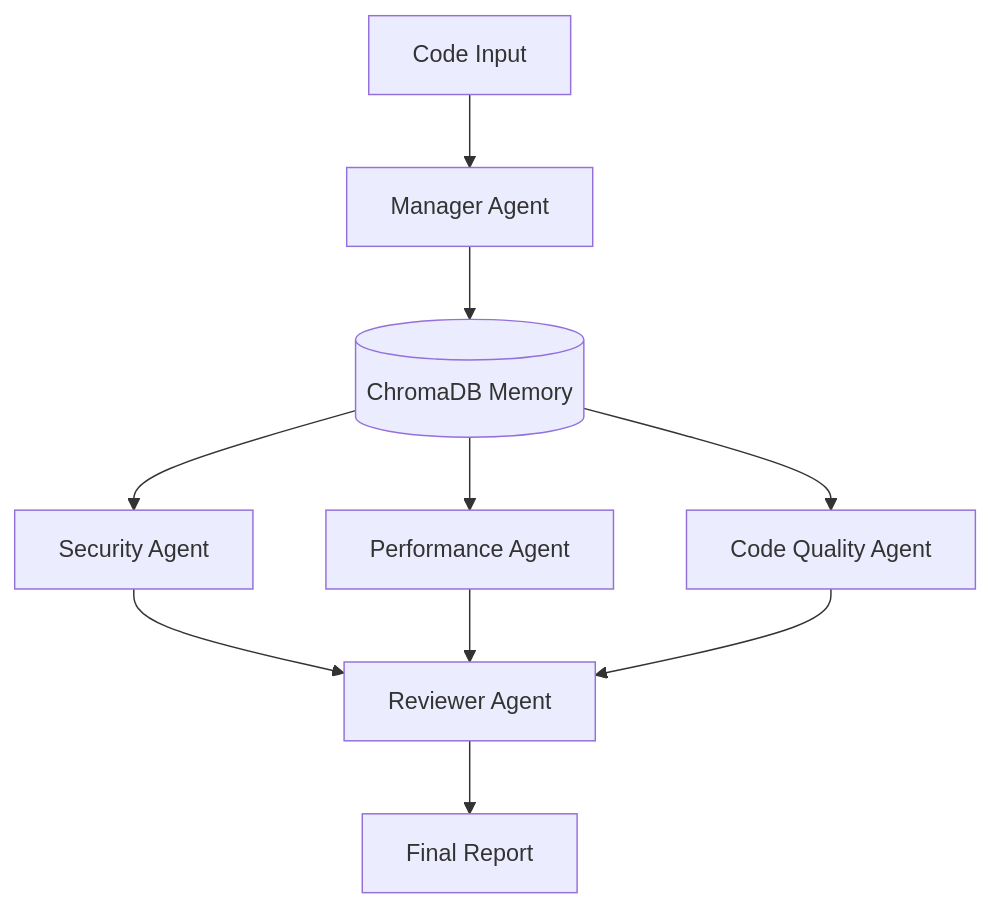
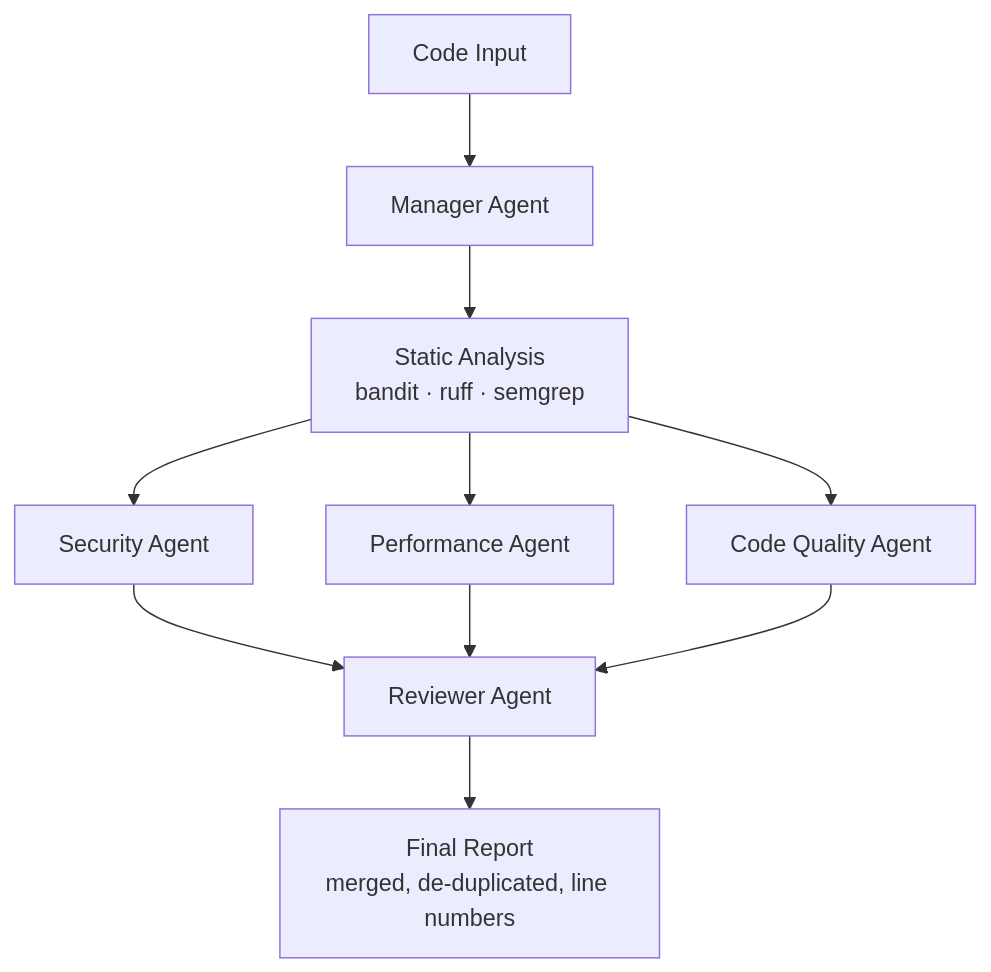
The diagram in README.md (urumb/multi-agent-code-auditor), drawn with Mermaid before and after one commit. The commit also changed other lines of this file and 34 other files, not shown here.

````diff
--- a/README.md
+++ b/README.md
@@ -23,15 +26,15 @@
 ```mermaid
 graph TD
     A[Code Input] --> B[Manager Agent]
-    B --> C[(ChromaDB Memory)]
+    B --> S[Static Analysis<br/>bandit · ruff · semgrep]
 
-    C --> D[Security Agent]
-    C --> E[Performance Agent]
-    C --> F[Code Quality Agent]
+    S --> D[Security Agent]
+    S --> E[Performance Agent]
+    S --> F[Code Quality Agent]
 
     D --> G[Reviewer Agent]
     E --> G
     F --> G
 
-    G --> H[Final Report]
+    G --> H[Final Report<br/>merged, de-duplicated, line numbers]
 ```
````
